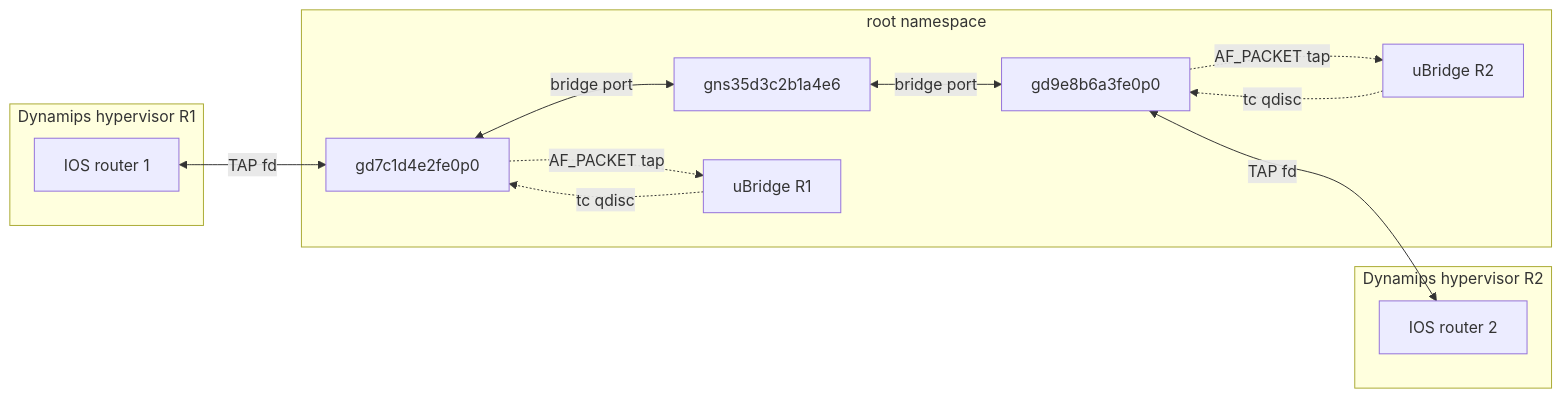
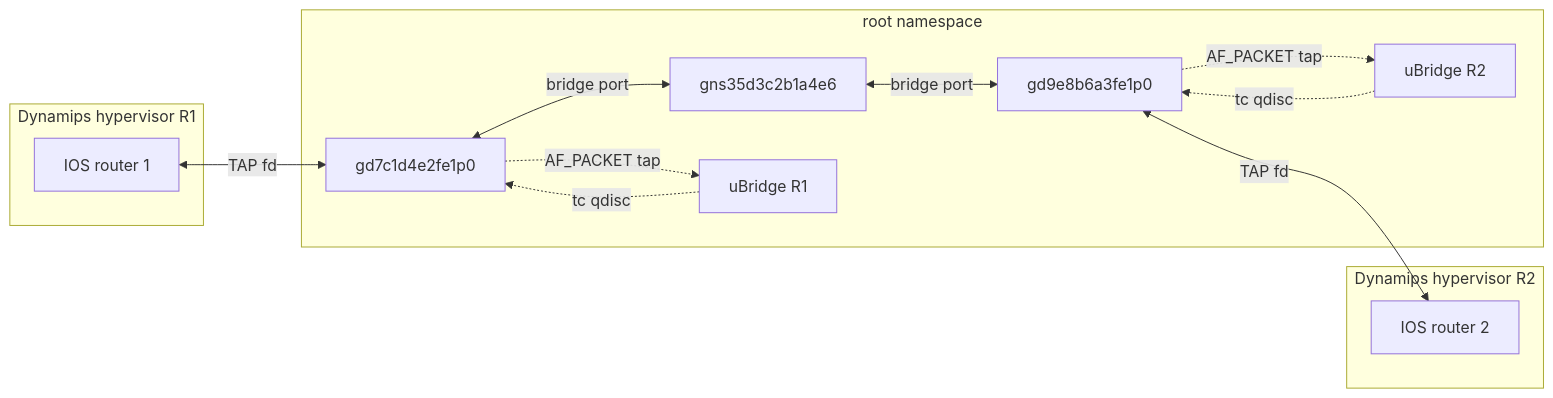
Before and after one commit to GNS3/gns3-server: the first of 4 diagrams in docs/features/dynamips-kernel-datapath.md, drawn with Mermaid. The commit also changed other lines of this file and 6 other files, not shown here.

````diff
--- a/docs/features/dynamips-kernel-datapath.md
+++ b/docs/features/dynamips-kernel-datapath.md
@@ -32,24 +32,24 @@
 ```mermaid
 flowchart LR
     subgraph H1["Dynamips hypervisor R1"]
         ios1["IOS router 1"]
     end
     subgraph RootNS["root namespace"]
-        gdA["gd7c1d4e2fe0p0"]
+        gdA["gd7c1d4e2fe1p0"]
         BR["gns35d3c2b1a4e6"]
-        gdB["gd9e8b6a3fe0p0"]
+        gdB["gd9e8b6a3fe1p0"]
         ub1["uBridge R1"]
         ub2["uBridge R2"]
     end
     subgraph H2["Dynamips hypervisor R2"]
         ios2["IOS router 2"]
     end
     ios1 <-->|"TAP fd"| gdA
     gdA <-->|"bridge port"| BR
     BR <-->|"bridge port"| gdB
     gdB <-->|"TAP fd"| ios2
     gdA -.->|"AF_PACKET tap"| ub1
     ub1 -.->|"tc qdisc"| gdA
     gdB -.->|"AF_PACKET tap"| ub2
     ub2 -.->|"tc qdisc"| gdB
 ```
````
